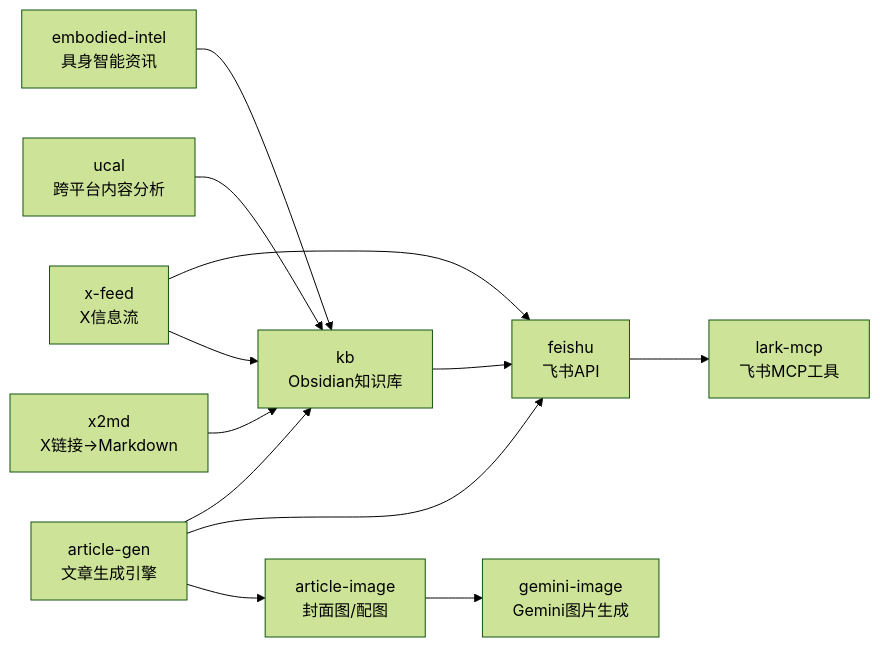
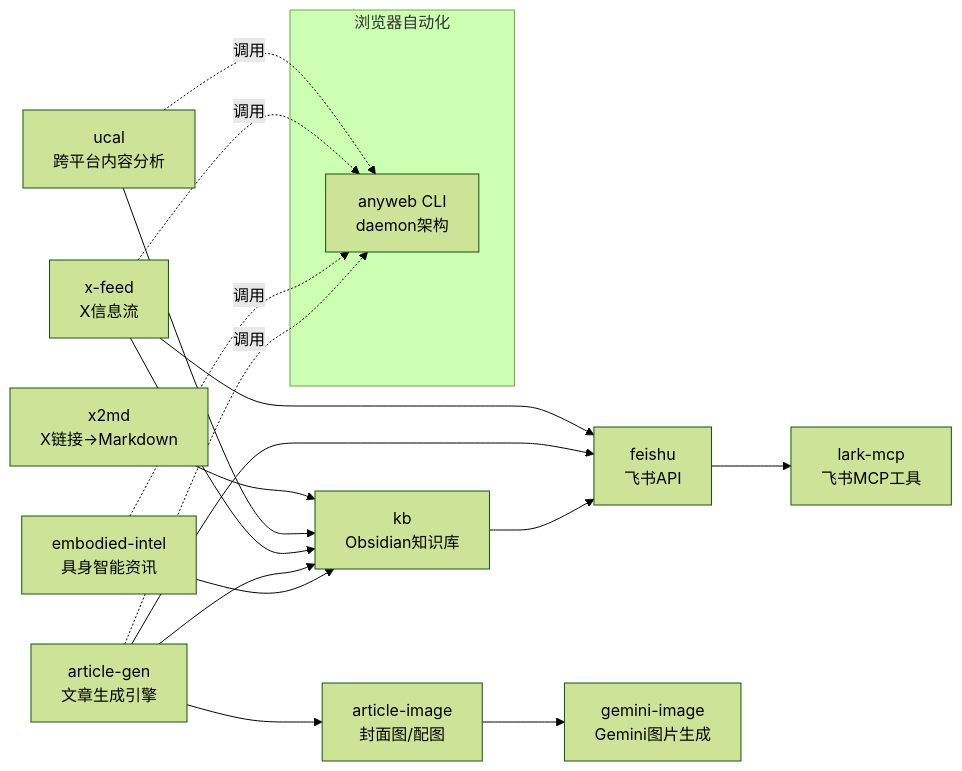
The first of 4 diagrams in ARCHITECTURE.md (Mixiaomiupup/claude-skills), drawn with Mermaid (forest theme) before and after one commit. The commit also changed other lines of this file, not shown here.

First line of the commit message:
docs: update ARCHITECTURE.md for ucal→anyweb migration

````diff
--- a/ARCHITECTURE.md
+++ b/ARCHITECTURE.md
@@ -12,17 +12,26 @@
 ```mermaid
 graph LR
     x2md[x2md<br/>X链接→Markdown] --> kb
     ucal[ucal<br/>跨平台内容分析] --> kb
     x-feed[x-feed<br/>X信息流] --> kb
     x-feed --> feishu
 
     article-gen[article-gen<br/>文章生成引擎] --> article-image
     article-gen --> feishu
     article-gen --> kb
     article-image[article-image<br/>封面图/配图] --> gemini-image[gemini-image<br/>Gemini图片生成]
 
     kb[kb<br/>Obsidian知识库] --> feishu[feishu<br/>飞书API]
     feishu --> lark-mcp[lark-mcp<br/>飞书MCP工具]
 
     embodied-intel[embodied-intel<br/>具身智能资讯] --> kb
+
+    subgraph 浏览器自动化
+        anyweb[anyweb CLI<br/>daemon架构]
+    end
+
+    ucal -.->|调用| anyweb
+    x-feed -.->|调用| anyweb
+    embodied-intel -.->|调用| anyweb
+    article-gen -.->|调用| anyweb
 ```
````
